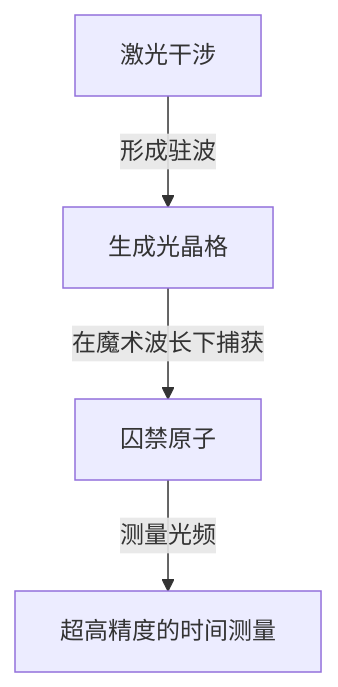
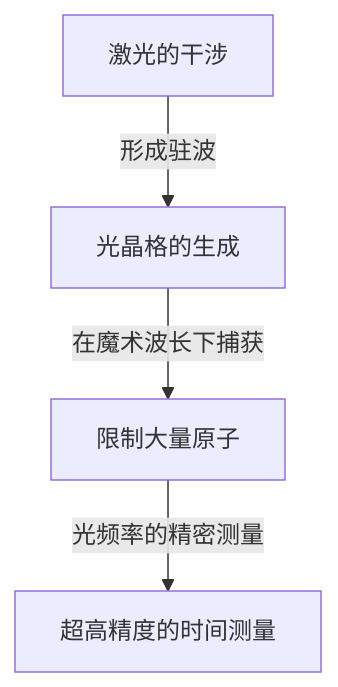
Before and after one commit to kenjinote/blog: the third of 3 diagrams in content/post/history-of-timekeeping-technology/index.zh-cn.md, drawn with Mermaid. The commit also changed other lines of this file and 129 other files, not shown here.

````diff
--- a/content/post/history-of-timekeeping-technology/index.zh-cn.md
+++ b/content/post/history-of-timekeeping-technology/index.zh-cn.md
@@ -67,6 +85,6 @@
 ```mermaid
 graph TD
-    A["激光干涉"] -- "形成驻波" --> B["生成光晶格"]
-    B -- "在魔术波长下捕获" --> C["囚禁原子"]
-    C -- "测量光频" --> D["超高精度的时间测量"]
+    A["激光的干涉"] -- "形成驻波" --> B["光晶格的生成"]
+    B -- "在魔术波长下捕获" --> C["限制大量原子"]
+    C -- "光频率的精密测量" --> D["超高精度的时间测量"]
 ```
````
